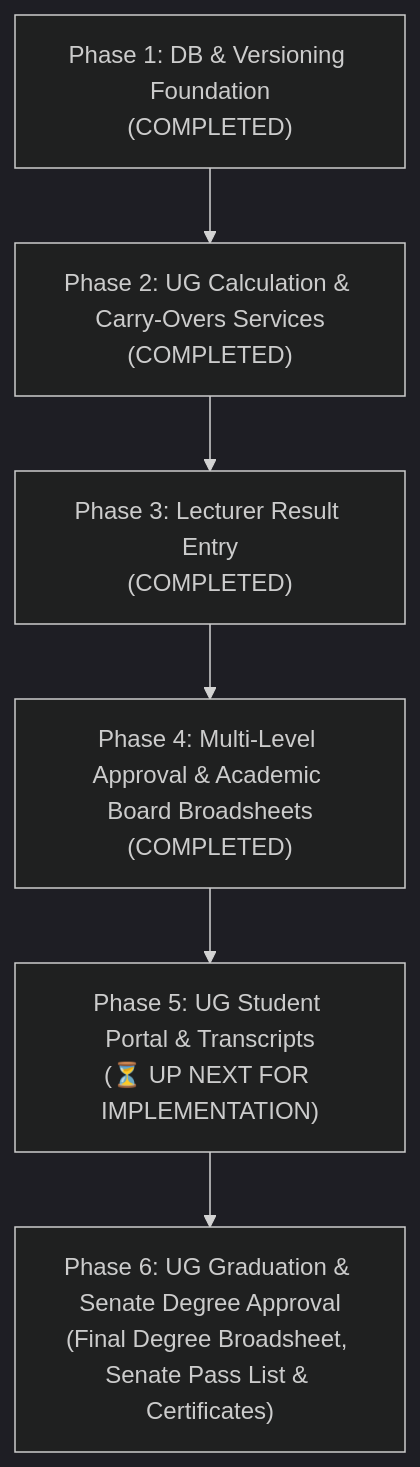
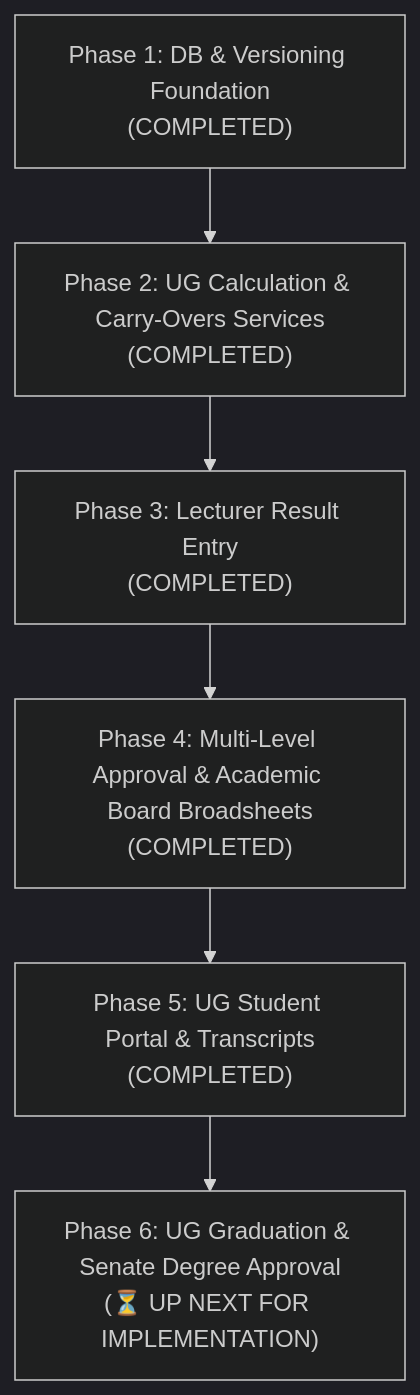
One commit to bashyauri/admission changed the diagram in result_processing_agent_phases.md. Above: the diagram before and after it, drawn with Mermaid (dark theme). The commit also changed other lines of this file and 1 other file, not shown here.

````diff
--- a/result_processing_agent_phases.md
+++ b/result_processing_agent_phases.md
@@ -25,8 +25,8 @@
 ```mermaid
 graph TD
     P1["Phase 1: DB & Versioning Foundation<br/>(COMPLETED)"] --> P2["Phase 2: UG Calculation & Carry-Overs Services<br/>(COMPLETED)"]
     P2 --> P3["Phase 3: Lecturer Result Entry<br/>(COMPLETED)"]
     P3 --> P4["Phase 4: Multi-Level Approval & Academic Board Broadsheets<br/>(COMPLETED)"]
-    P4 --> P5["Phase 5: UG Student Portal & Transcripts<br/>(⏳ UP NEXT FOR IMPLEMENTATION)"]
-    P5 --> P6["Phase 6: UG Graduation & Senate Degree Approval<br/>(Final Degree Broadsheet, Senate Pass List & Certificates)"]
+    P4 --> P5["Phase 5: UG Student Portal & Transcripts<br/>(COMPLETED)"]
+    P5 --> P6["Phase 6: UG Graduation & Senate Degree Approval<br/>(⏳ UP NEXT FOR IMPLEMENTATION)"]
 ```
````
